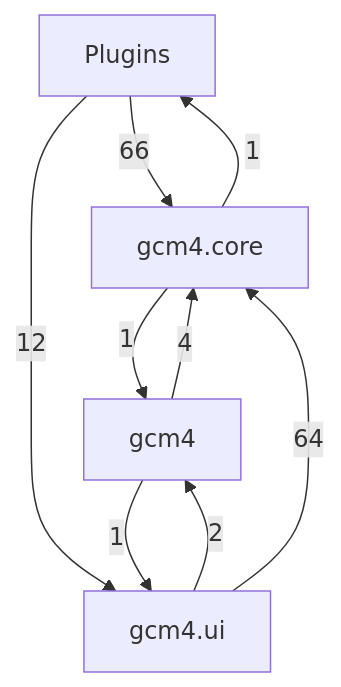
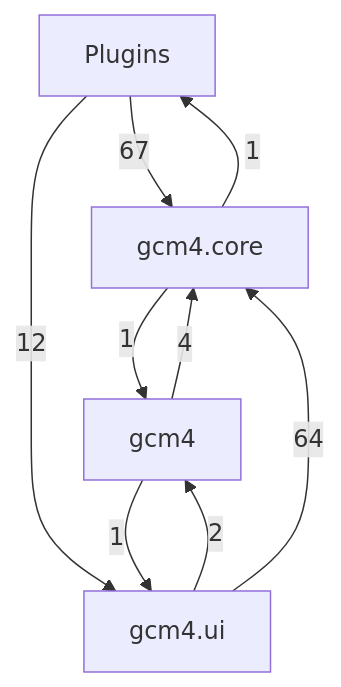
One commit to Mathilde-Team/Gcm4 changed the first of 5 diagrams in docs/class-diagram.md. Above: the diagram before and after it, drawn with Mermaid. The commit also changed other lines of this file and 38 other files, not shown here.

````diff
--- a/docs/class-diagram.md
+++ b/docs/class-diagram.md
@@ -21,15 +21,15 @@
 ```mermaid
 flowchart TD
     g0["Plugins"]
     g1["gcm4"]
     g2["gcm4.core"]
     g3["gcm4.ui"]
-    g0 -->|66| g2
+    g0 -->|67| g2
     g0 -->|12| g3
     g1 -->|4| g2
     g1 -->|1| g3
     g2 -->|1| g0
     g2 -->|1| g1
     g3 -->|2| g1
     g3 -->|64| g2
 ```
````
